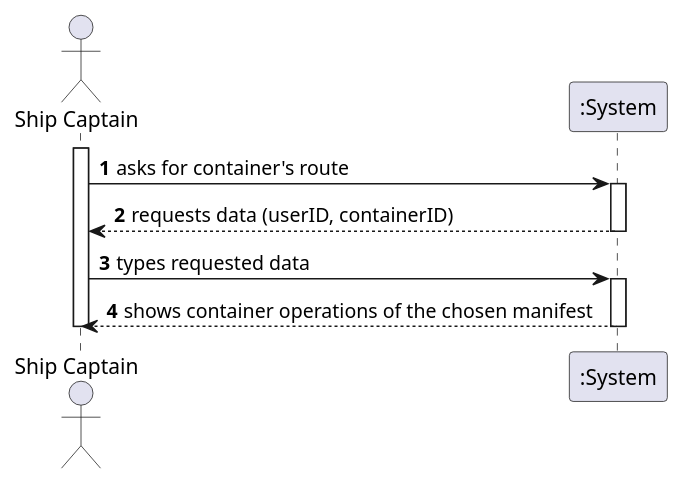
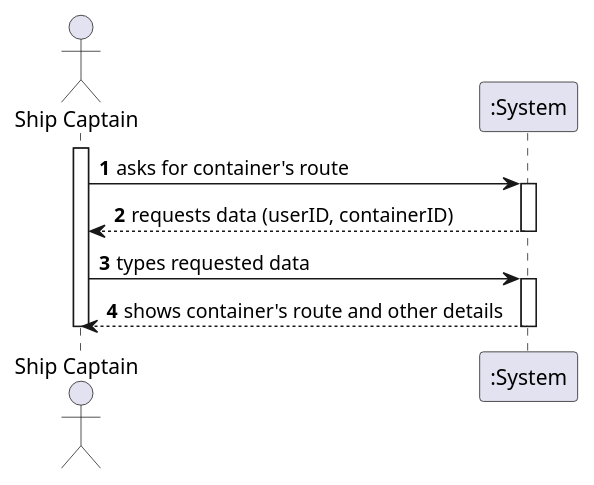
Before and after one commit to 1190772/LAB-Project-3: the diagram in docs/Sprint 3/US/US305/US305_SSD.puml, drawn with PlantUML. The commit also changed 7 other files, not shown here.

```diff
--- a/docs/Sprint 3/US/US305/US305_SSD.puml
+++ b/docs/Sprint 3/US/US305/US305_SSD.puml
@@ -1,23 +1,23 @@
 @startuml
 'https://plantuml.com/sequence-diagram
 
 autonumber
 
 actor "Ship Captain" as SP
 
 activate SP
 SP -> ":System" : asks for container's route
 
 activate ":System"
 ":System" --> "SP" : requests data (userID, containerID)
 deactivate ":System"
 
 SP -> ":System" : types requested data
 
 activate ":System"
-":System" --> SP : shows container operations of the chosen manifest
+":System" --> SP : shows container's route and other details
 deactivate ":System"
 
 deactivate SP
 
 @enduml
```
